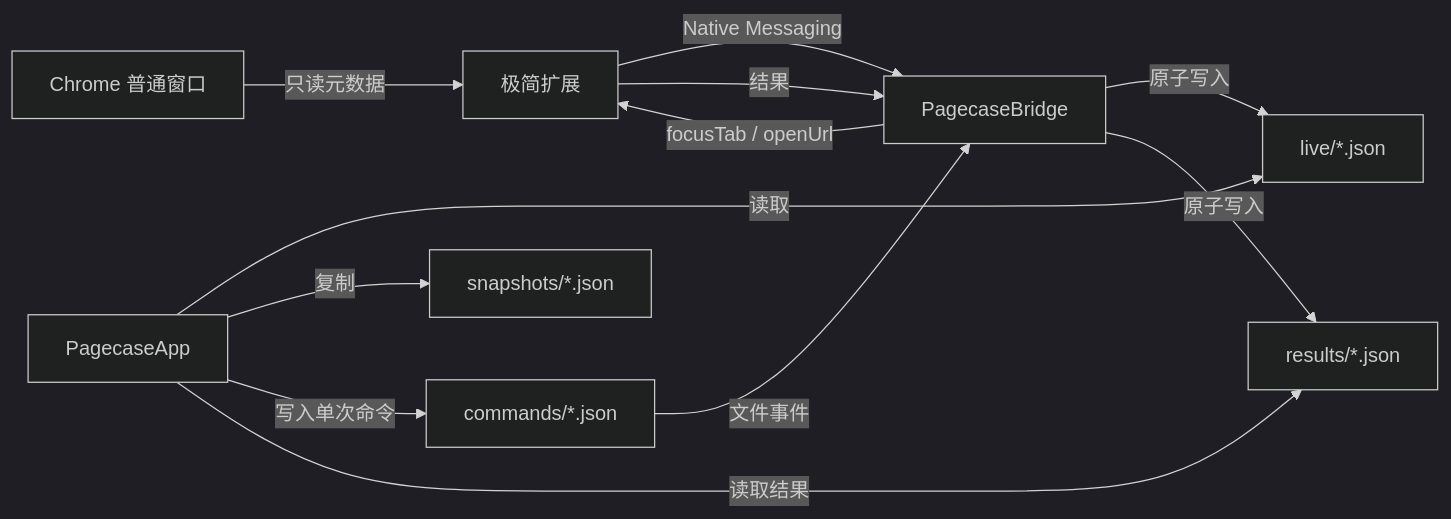
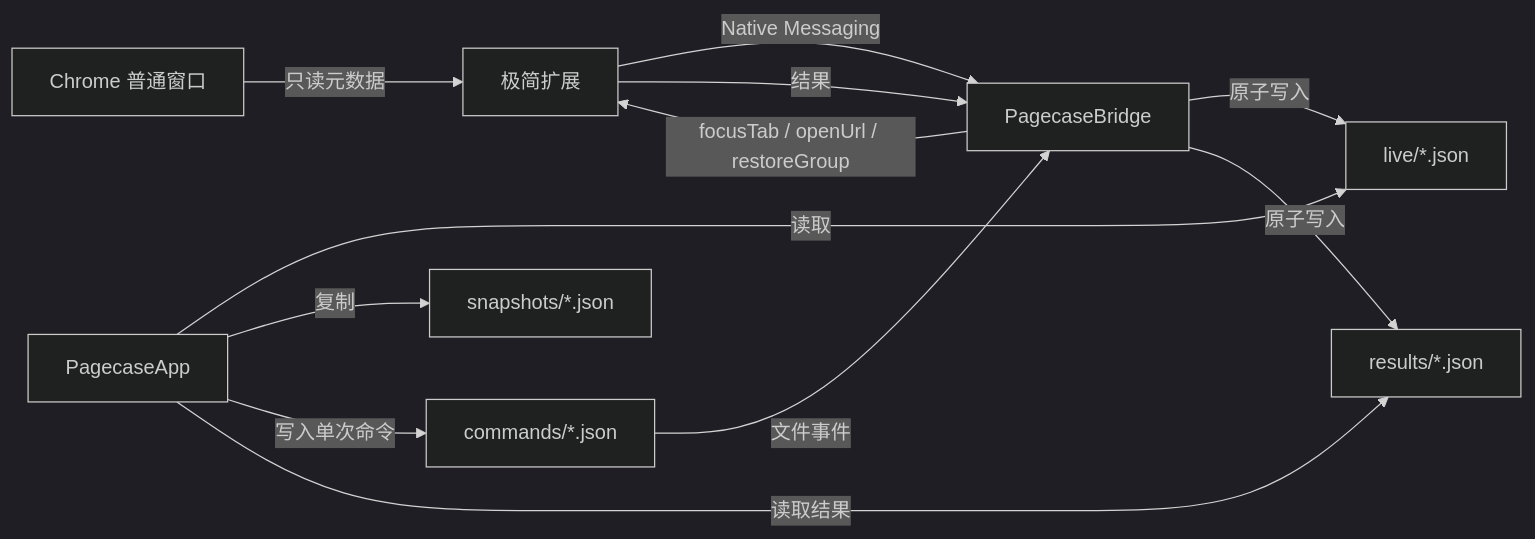
One commit to zaynzhu/Pagecase changed the diagram in docs/ARCHITECTURE.md. Above: the diagram before and after it, drawn with Mermaid (dark theme). The commit also changed other lines of this file and 5 other files, not shown here.

````diff
--- a/docs/ARCHITECTURE.md
+++ b/docs/ARCHITECTURE.md
@@ -15,14 +15,14 @@
 ```mermaid
 flowchart LR
     C["Chrome 普通窗口"] -->|"只读元数据"| E["极简扩展"]
     E -->|"Native Messaging"| B["PagecaseBridge"]
     B -->|"原子写入"| L["live/*.json"]
     A["PagecaseApp"] -->|"读取"| L
     A -->|"复制"| S["snapshots/*.json"]
     A -->|"写入单次命令"| Q["commands/*.json"]
     Q -->|"文件事件"| B
-    B -->|"focusTab / openUrl"| E
+    B -->|"focusTab / openUrl / restoreGroup"| E
     E -->|"结果"| B
     B -->|"原子写入"| R["results/*.json"]
     A -->|"读取结果"| R
 ```
````
